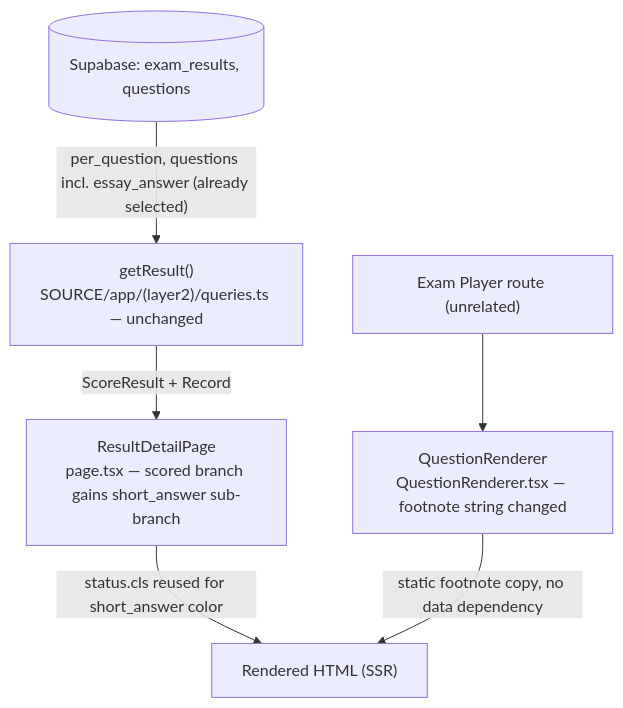
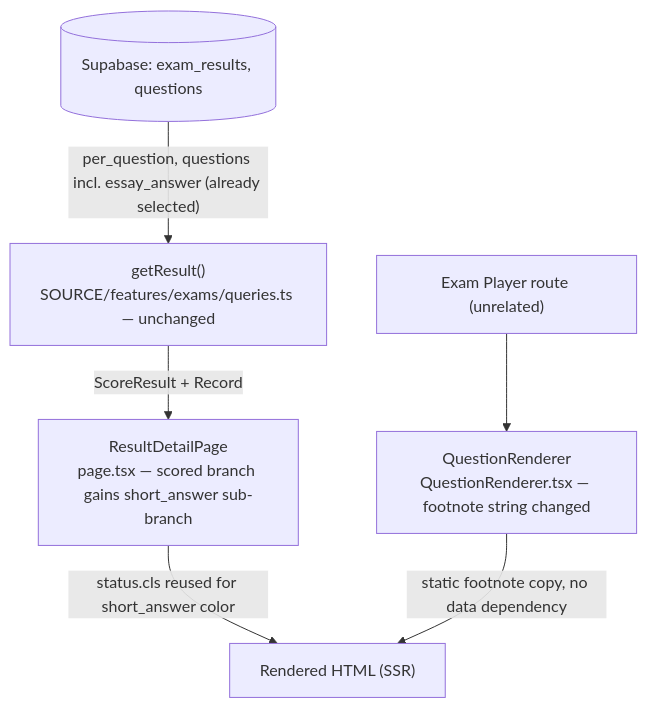
The first of 4 diagrams in docs/design/short-answer-scoring-frontend-design.md (undetecteddeveloper/MS-MOLAR), drawn with Mermaid before and after one commit. The commit also changed other lines of this file and 142 other files, not shown here.

````diff
--- a/docs/design/short-answer-scoring-frontend-design.md
+++ b/docs/design/short-answer-scoring-frontend-design.md
@@ -283,15 +283,15 @@
 ```mermaid
 flowchart TD
     DB[("Supabase: exam_results, questions")]
-    GR["getResult()\nSOURCE/app/(layer2)/queries.ts — unchanged"]
+    GR["getResult()\nSOURCE/features/exams/queries.ts — unchanged"]
     RDP["ResultDetailPage\npage.tsx — scored branch gains short_answer sub-branch"]
     Browser["Rendered HTML (SSR)"]
     Player["Exam Player route (unrelated)"]
     QR["QuestionRenderer\nQuestionRenderer.tsx — footnote string changed"]
 
     DB -->|"per_question, questions incl. essay_answer (already selected)"| GR
     GR -->|"ScoreResult + Record<id, ResultQuestion>"| RDP
     RDP -->|"status.cls reused for short_answer color"| Browser
     Player --> QR
     QR -->|"static footnote copy, no data dependency"| Browser
 ```
````
